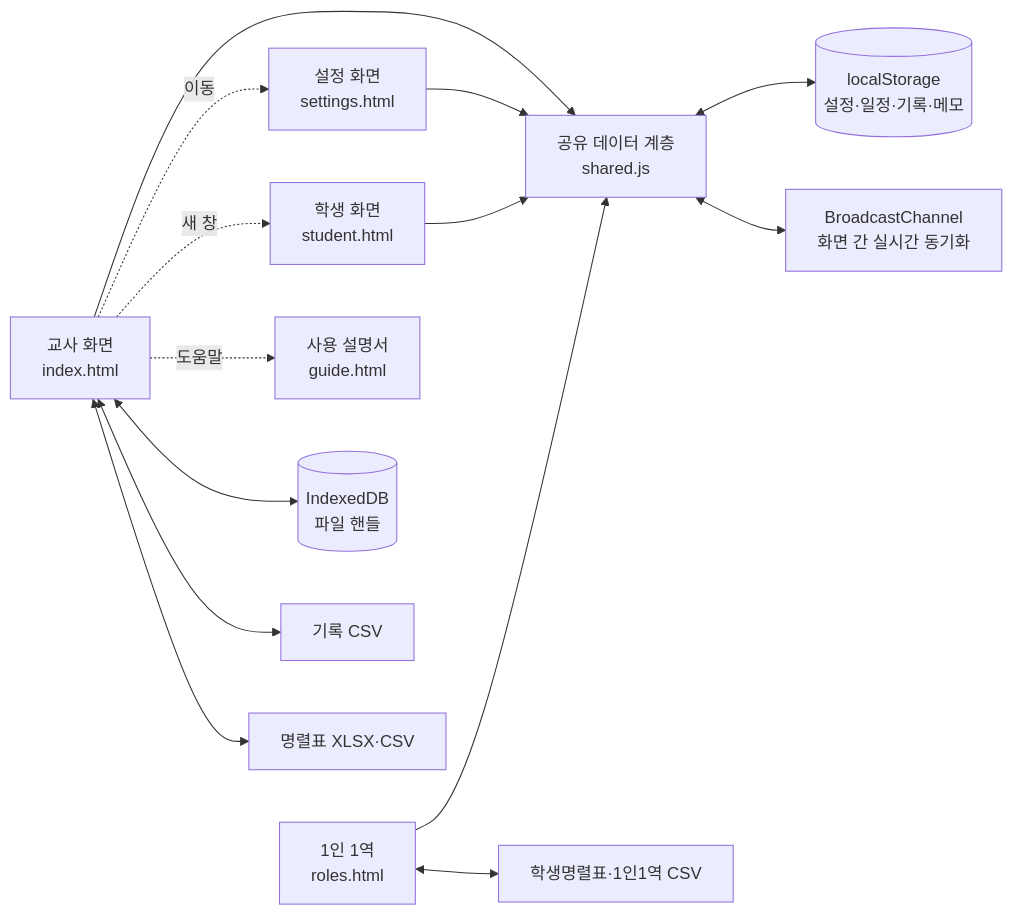
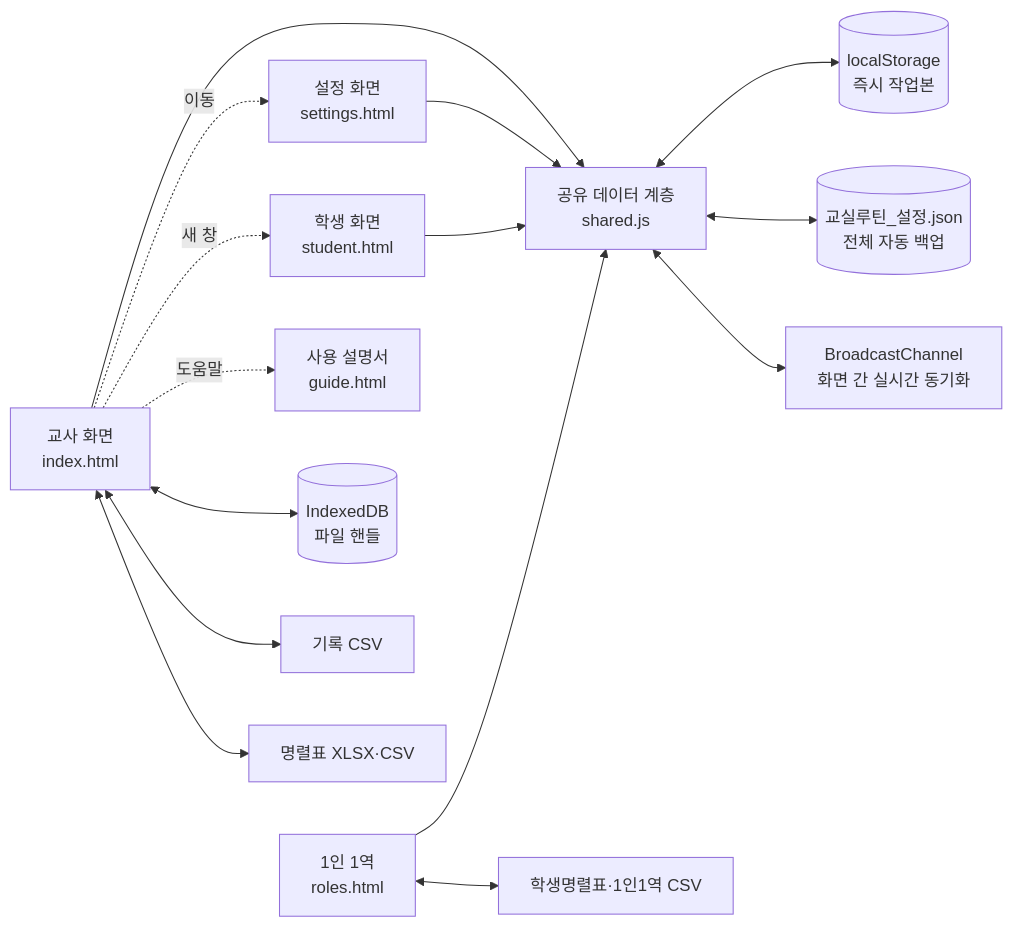
One commit to proracer5576-create/ClassRoutine changed the first of 3 diagrams in DESIGN.md. Above: the diagram before and after it, drawn with Mermaid. The commit also changed other lines of this file and 40 other files, not shown here.

````diff
--- a/DESIGN.md
+++ b/DESIGN.md
@@ -15,19 +21,20 @@
 ```mermaid
 flowchart LR
     T[교사 화면\nindex.html] --> S[공유 데이터 계층\nshared.js]
     C[설정 화면\nsettings.html] --> S
     P[학생 화면\nstudent.html] --> S
     R[1인 1역\nroles.html] --> S
     G[사용 설명서\nguide.html]
 
-    S <--> L[(localStorage\n설정·일정·기록·메모)]
+    S <--> L[(localStorage\n즉시 작업본)]
+    S <--> J[(교실루틴_설정.json\n전체 자동 백업)]
     S <--> B[BroadcastChannel\n화면 간 실시간 동기화]
     T <--> I[(IndexedDB\n파일 핸들)]
     T <--> CSV[기록 CSV]
     T <--> ROSTER[명렬표 XLSX·CSV]
     R <--> ROLECSV[학생명렬표·1인1역 CSV]
 
     T -. 이동 .-> C
     T -. 새 창 .-> P
     T -. 도움말 .-> G
 ```
````
